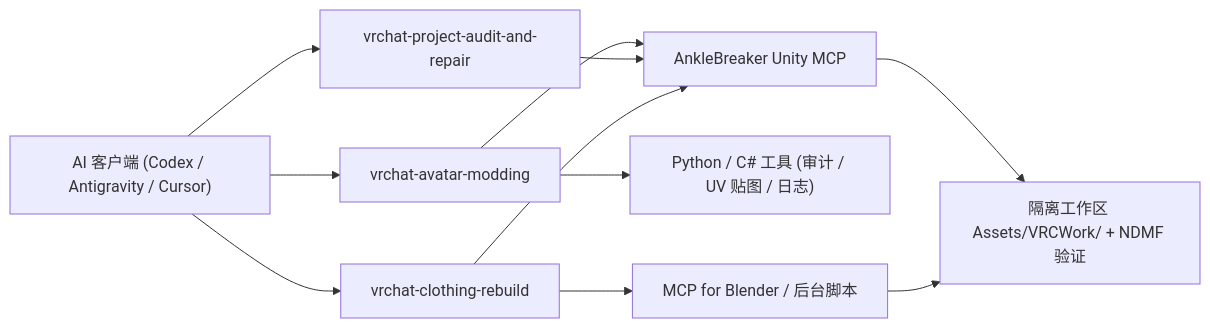
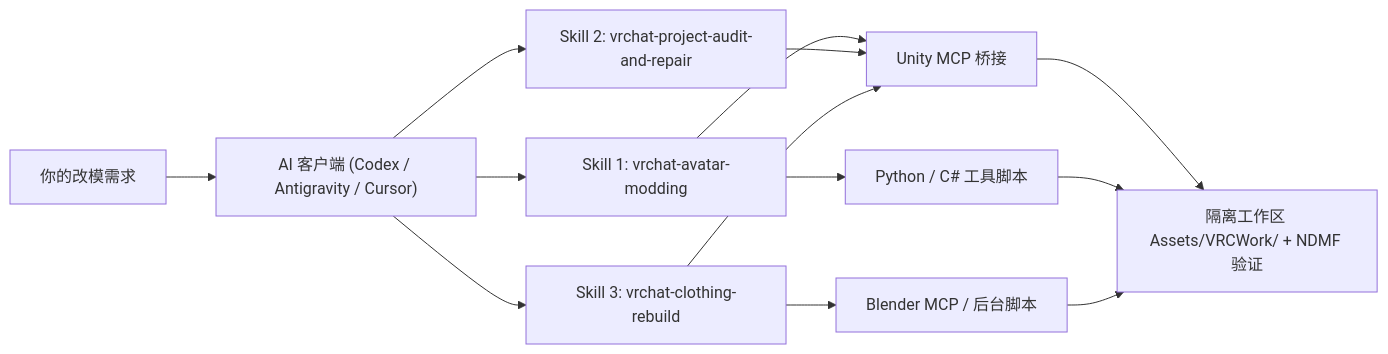
The diagram in README_CN.md (asmrawa/vrchat-avatar-modding-skills), drawn with Mermaid before and after one commit. The commit also changed other lines of this file and 2 other files, not shown here.

Commit message:
docs: rewrite trilingual READMEs around capabilities, architecture, and prerequisites

````diff
--- a/README_CN.md
+++ b/README_CN.md
@@ -30,15 +30,17 @@
 ```mermaid
 flowchart LR
-    Client["AI 客户端 (Codex / Antigravity / Cursor)"] --> Mod["vrchat-avatar-modding"]
-    Client --> Audit["vrchat-project-audit-and-repair"]
-    Client --> Rebuild["vrchat-clothing-rebuild"]
+    User["你的改模需求"] --> Client["AI 客户端 (Codex / Antigravity / Cursor)"]
+    Client --> S1["Skill 1: vrchat-avatar-modding"]
+    Client --> S2["Skill 2: vrchat-project-audit-and-repair"]
+    Client --> S3["Skill 3: vrchat-clothing-rebuild"]
 
-    Mod --> UnityMCP["AnkleBreaker Unity MCP"]
-    Audit --> UnityMCP
-    Mod --> OfflineCLI["Python / C# 工具 (审计 / UV 贴图 / 日志)"]
-    Rebuild --> BlenderMCP["MCP for Blender / 后台脚本"]
-    Rebuild --> UnityMCP
+    S1 --> UMCP["Unity MCP 桥接"]
+    S2 --> UMCP
+    S1 --> CLI["Python / C# 工具脚本"]
+    S3 --> BMCP["Blender MCP / 后台脚本"]
+    S3 --> UMCP
 
-    UnityMCP --> Work["隔离工作区 Assets/VRCWork/ + NDMF 验证"]
-    BlenderMCP --> Work
+    UMCP --> Work["隔离工作区 Assets/VRCWork/ + NDMF 验证"]
+    CLI --> Work
+    BMCP --> Work
 ```
````
